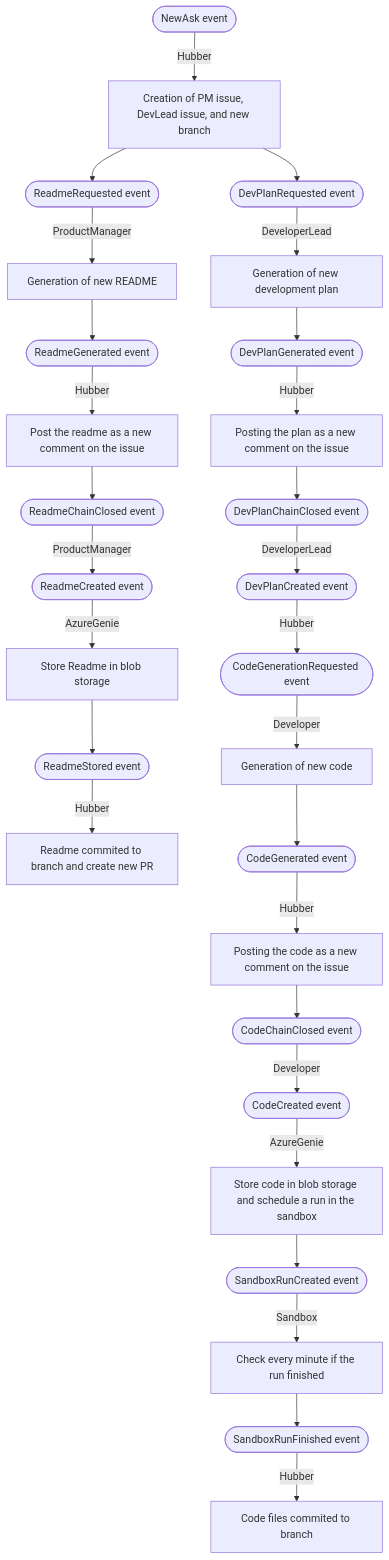
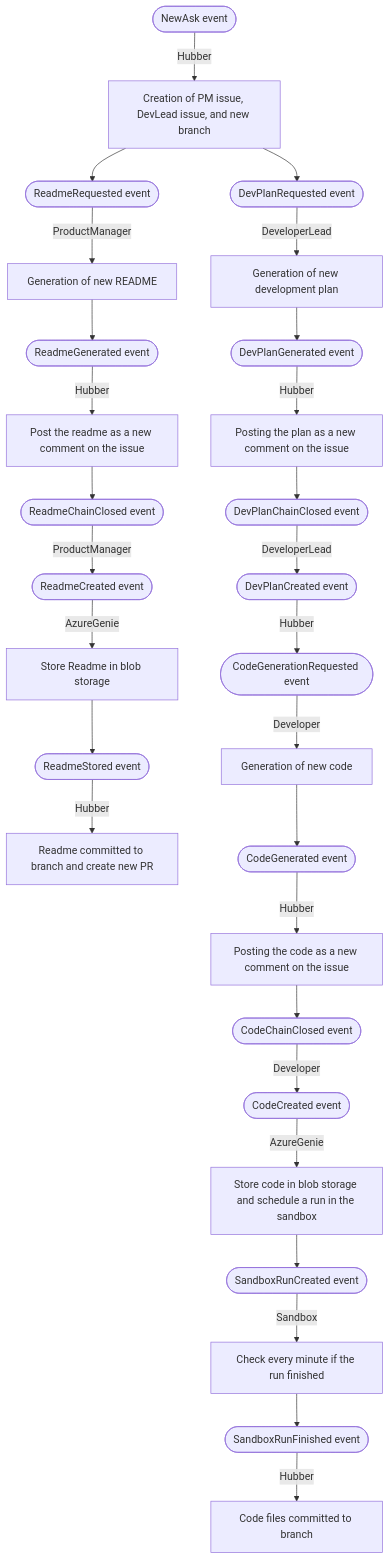
One commit to microsoft/autogen changed the diagram in dotnet/samples/dev-team/README.md. Above: the diagram before and after it, drawn with Mermaid. The commit also changed other lines of this file and 1 other file, not shown here.

Commit message:
Fix typos in sample READMEs: independantly, commited

````diff
--- a/dotnet/samples/dev-team/README.md
+++ b/dotnet/samples/dev-team/README.md
@@ -37,33 +37,33 @@
 ```mermaid
 graph TD;
     NEA([NewAsk event]) -->|Hubber| NEA1[Creation of PM issue, DevLead issue, and new branch];
     
     RR([ReadmeRequested event]) -->|ProductManager| PM1[Generation of new README];
     NEA1 --> RR;
     PM1 --> RG([ReadmeGenerated event]);
     RG -->|Hubber| RC[Post the readme as a new comment on the issue];
     RC --> RCC([ReadmeChainClosed event]);
     RCC -->|ProductManager| RCR([ReadmeCreated event]);
     RCR --> |AzureGenie| RES[Store Readme in blob storage];
     RES --> RES2([ReadmeStored event]);
-    RES2 --> |Hubber| REC[Readme commited to branch and create new PR];
+    RES2 --> |Hubber| REC[Readme committed to branch and create new PR];
 
     DPR([DevPlanRequested event]) -->|DeveloperLead| DPG[Generation of new development plan];
     NEA1 --> DPR;
     DPG --> DPGE([DevPlanGenerated event]);
     DPGE -->|Hubber| DPGEC[Posting the plan as a new comment on the issue];
     DPGEC --> DPCC([DevPlanChainClosed event]);
     DPCC -->|DeveloperLead| DPCE([DevPlanCreated event]);
     DPCE --> |Hubber| DPC[Creates a Dev issue for each subtask];
 
     DPC([CodeGenerationRequested event]) -->|Developer| CG[Generation of new code];
     CG --> CGE([CodeGenerated event]);
     CGE -->|Hubber| CGC[Posting the code as a new comment on the issue];
     CGC --> CCCE([CodeChainClosed event]);
     CCCE -->|Developer| CCE([CodeCreated event]);
     CCE --> |AzureGenie| CS[Store code in blob storage and schedule a run in the sandbox];
     CS --> SRC([SandboxRunCreated event]);
     SRC --> |Sandbox| SRM[Check every minute if the run finished];
     SRM --> SRF([SandboxRunFinished event]);
-    SRF --> |Hubber| SRCC[Code files commited to branch];
+    SRF --> |Hubber| SRCC[Code files committed to branch];
 ```
````
